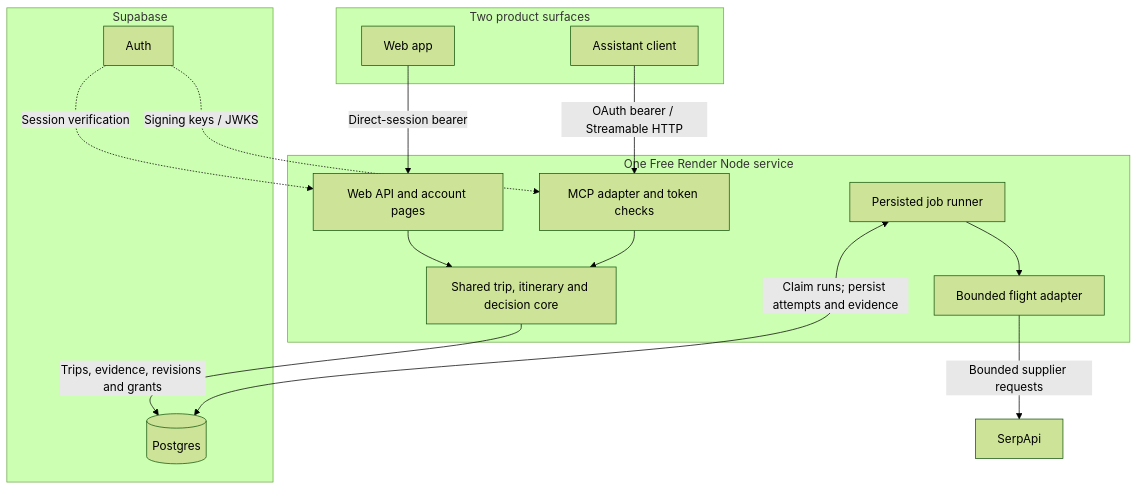
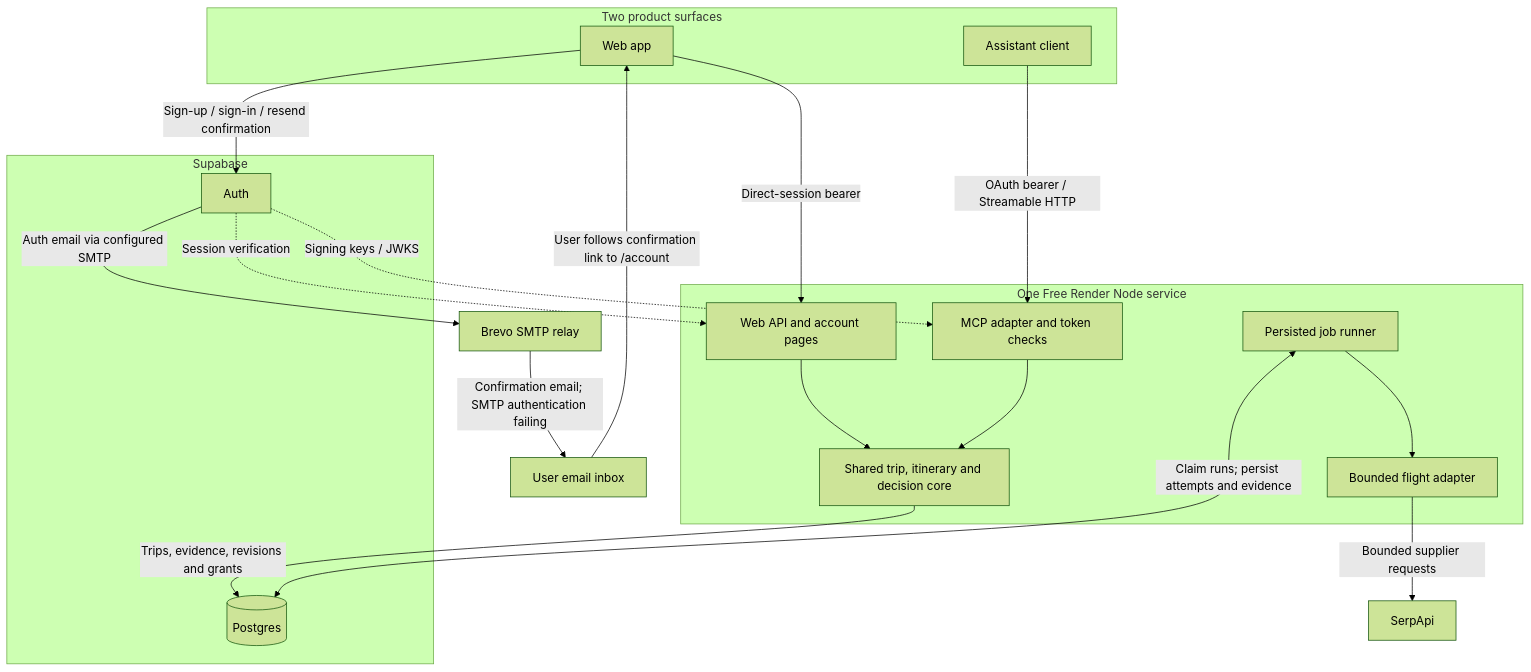
Before and after one commit to eddieyang-97/trip-planning-engine: the first of 2 diagrams in docs/architecture.md, drawn with Mermaid (forest theme). The commit also changed other lines of this file and 7 other files, not shown here.

Commit message:
docs: reflect Brevo auth email integration and delivery status

````diff
--- a/docs/architecture.md
+++ b/docs/architecture.md
@@ -9,30 +9,36 @@
 ```mermaid
 flowchart TB
     subgraph Clients["Two product surfaces"]
         Web["Web app"]
         Assistant["Assistant client"]
     end
     subgraph Render["One Free Render Node service"]
         API["Web API and account pages"]
         MCP["MCP adapter and token checks"]
         Core["Shared trip, itinerary and decision core"]
         Worker["Persisted job runner"]
         Adapter["Bounded flight adapter"]
     end
     subgraph Supabase["Supabase"]
         Auth["Auth"]
         DB[("Postgres")]
     end
     SerpApi["SerpApi"]
+    Brevo["Brevo SMTP relay"]
+    Inbox["User email inbox"]
 
     Web -->|"Direct-session bearer"| API
+    Web -->|"Sign-up / sign-in / resend confirmation"| Auth
+    Auth -->|"Auth email via configured SMTP"| Brevo
+    Brevo -->|"Confirmation email; SMTP authentication failing"| Inbox
+    Inbox -->|"User follows confirmation link to /account"| Web
     Assistant -->|"OAuth bearer / Streamable HTTP"| MCP
     Auth -.->|"Session verification"| API
     Auth -.->|"Signing keys / JWKS"| MCP
     API --> Core
     MCP --> Core
     Core -->|"Trips, evidence, revisions and grants"| DB
     Worker <-->|"Claim runs; persist attempts and evidence"| DB
     Worker --> Adapter
     Adapter -->|"Bounded supplier requests"| SerpApi
 ```
````
